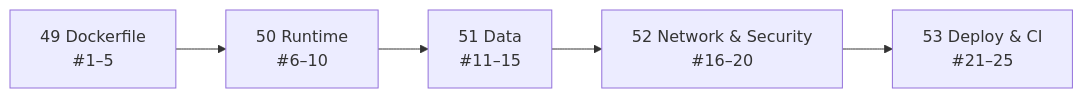
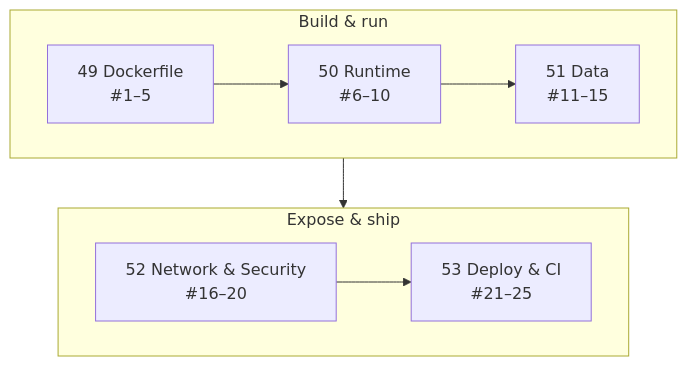
Before and after one commit to wesamkhateeb98-creator/docker-zero-to-production: the diagram in docs/10-anti-patterns/README.md, drawn with Mermaid. The commit also changed 4 other files, not shown here.

First line of the commit message:
Fix README layout: readable diagrams and collapsible doc index

````diff
--- a/docs/10-anti-patterns/README.md
+++ b/docs/10-anti-patterns/README.md
@@ -5,5 +5,12 @@
 ```mermaid
-flowchart LR
-    A["49 Dockerfile<br/>#1–5"] --> B["50 Runtime<br/>#6–10"] --> C["51 Data<br/>#11–15"]
-    C --> D["52 Network & Security<br/>#16–20"] --> E["53 Deploy & CI<br/>#21–25"]
+flowchart TB
+    subgraph B["Build & run"]
+        direction LR
+        A1["49 Dockerfile<br/>#1–5"] --> A2["50 Runtime<br/>#6–10"] --> A3["51 Data<br/>#11–15"]
+    end
+    subgraph S["Expose & ship"]
+        direction LR
+        A4["52 Network & Security<br/>#16–20"] --> A5["53 Deploy & CI<br/>#21–25"]
+    end
+    B --> S
 ```
````
